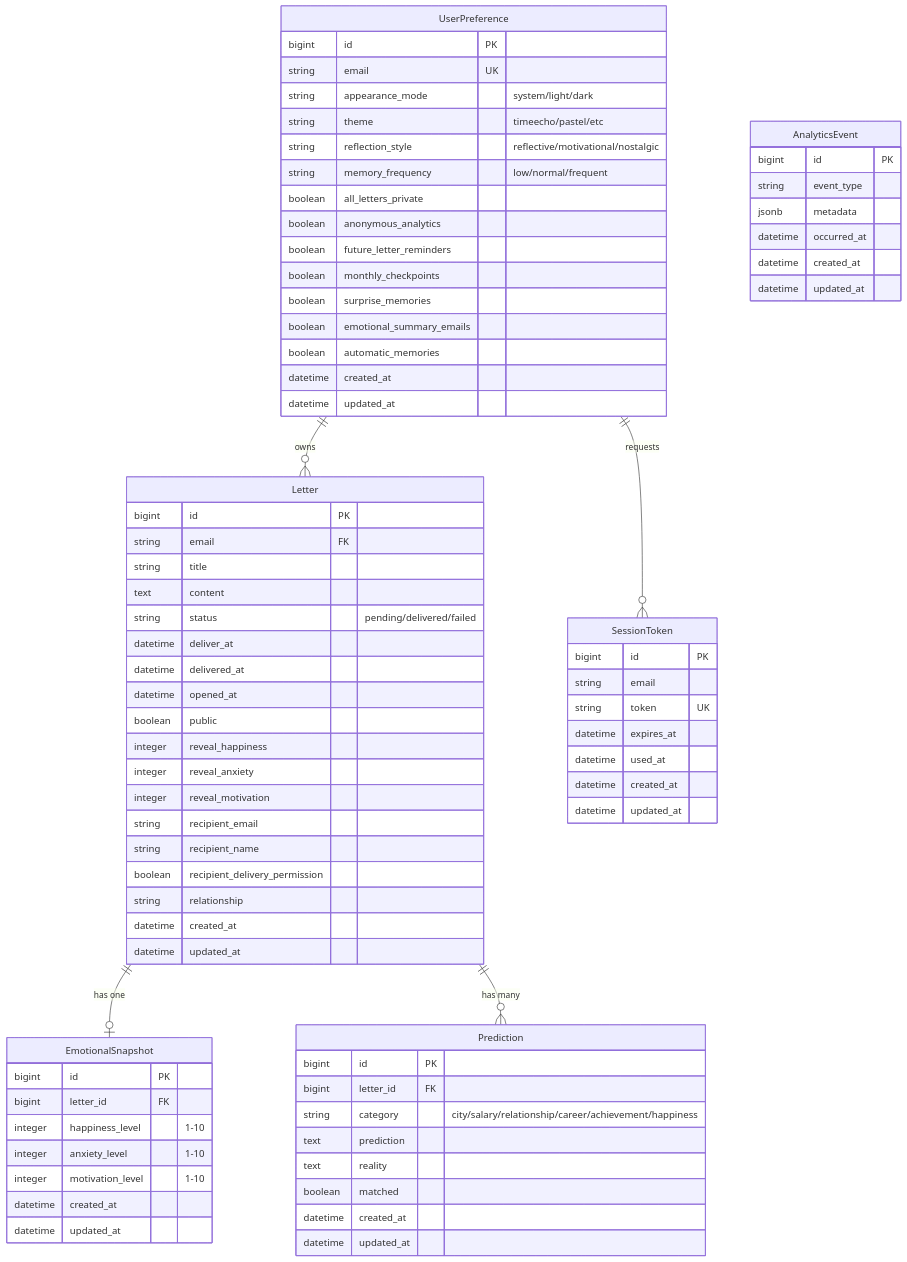
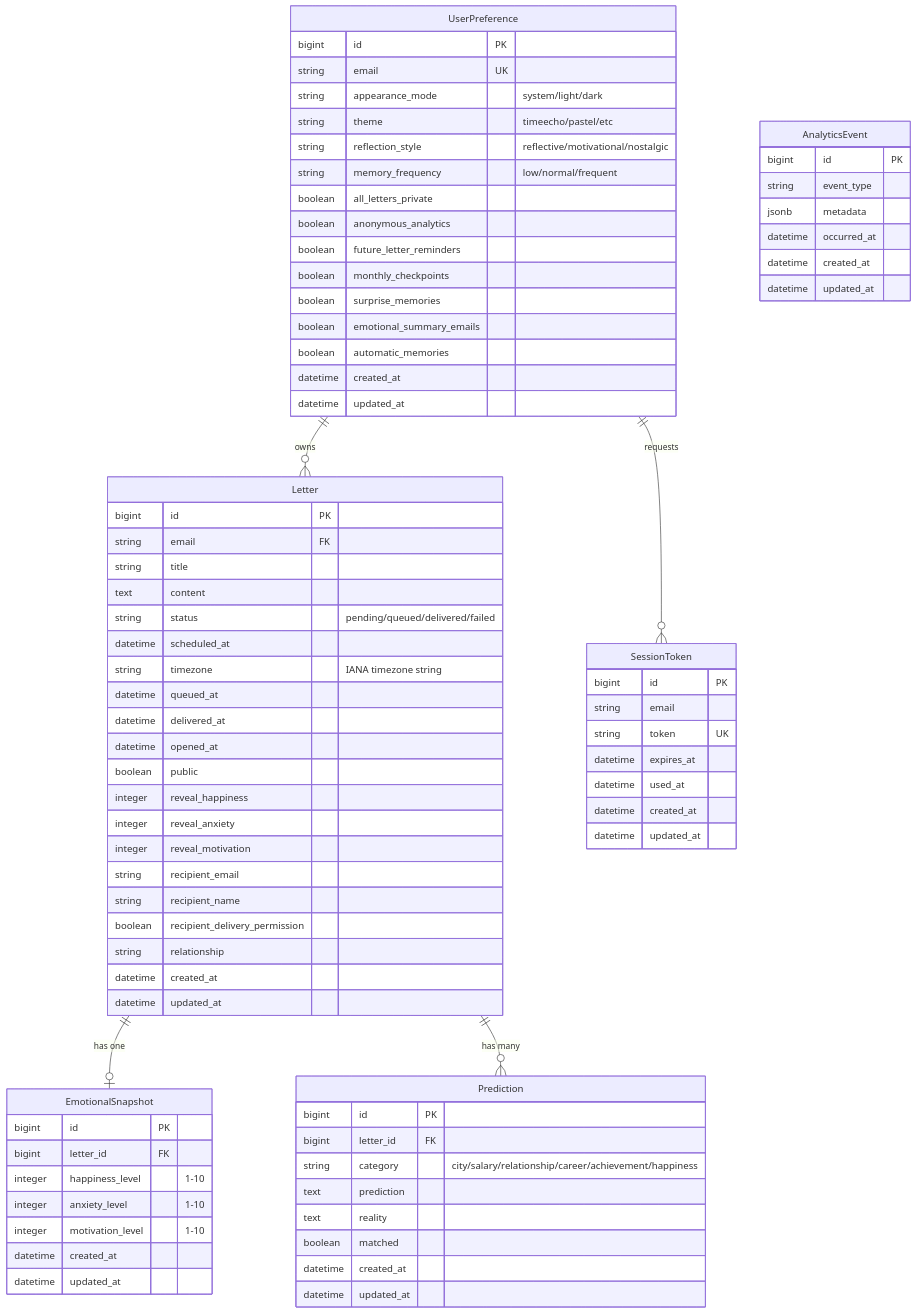
The third of 6 diagrams in docs/architecture.md (nmenag/time_echo), drawn with Mermaid before and after one commit. The commit also changed other lines of this file and 158 other files, not shown here.

```diff
--- a/docs/architecture.md
+++ b/docs/architecture.md
@@ -183,8 +183,10 @@
         string email FK
         string title
         text content
-        string status "pending/delivered/failed"
-        datetime deliver_at
+        string status "pending/queued/delivered/failed"
+        datetime scheduled_at
+        string timezone "IANA timezone string"
+        datetime queued_at
         datetime delivered_at
         datetime opened_at
         boolean public
```
